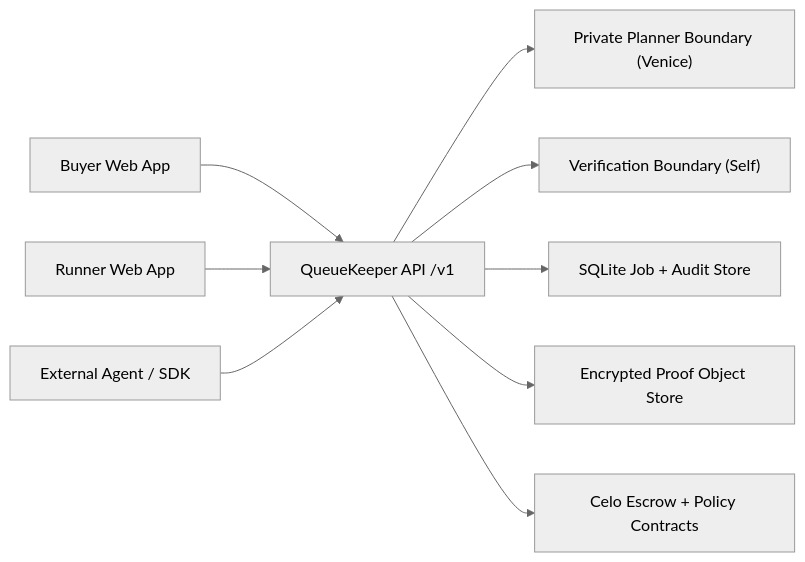
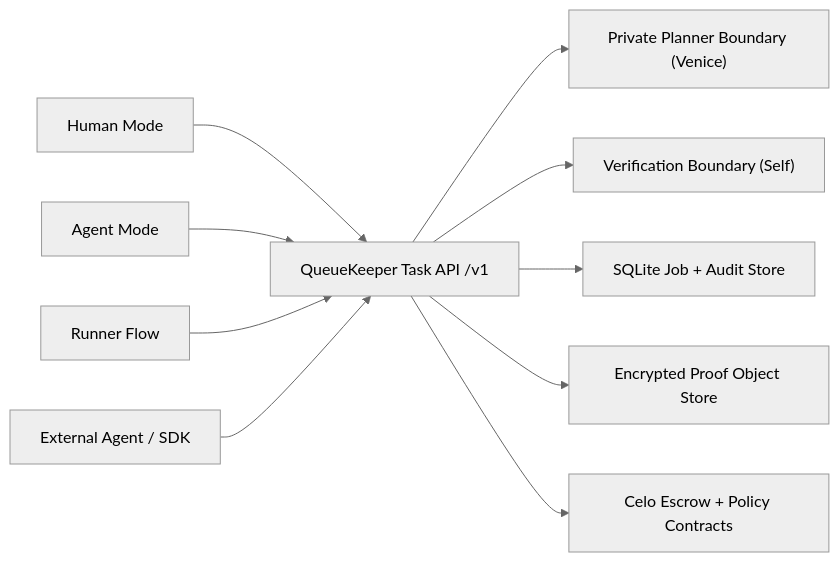
The diagram in README.md (p0s/QueueKeeper), drawn with Mermaid (neutral theme) before and after one commit. The commit also changed other lines of this file and 31 other files, not shown here.

Commit message:
Ship task-first agent submission shell

````diff
--- a/README.md
+++ b/README.md
@@ -37,11 +39,12 @@
 ```mermaid
 flowchart LR
-  Buyer["Buyer Web App"] --> API["QueueKeeper API /v1"]
-  Runner["Runner Web App"] --> API
+  Human["Human Mode"] --> API["QueueKeeper Task API /v1"]
+  AgentMode["Agent Mode"] --> API
+  Runner["Runner Flow"] --> API
   Agent["External Agent / SDK"] --> API
   API --> Planner["Private Planner Boundary (Venice)"]
   API --> Verify["Verification Boundary (Self)"]
   API --> DB["SQLite Job + Audit Store"]
   API --> Blob["Encrypted Proof Object Store"]
   API --> Chain["Celo Escrow + Policy Contracts"]
 ```
````
